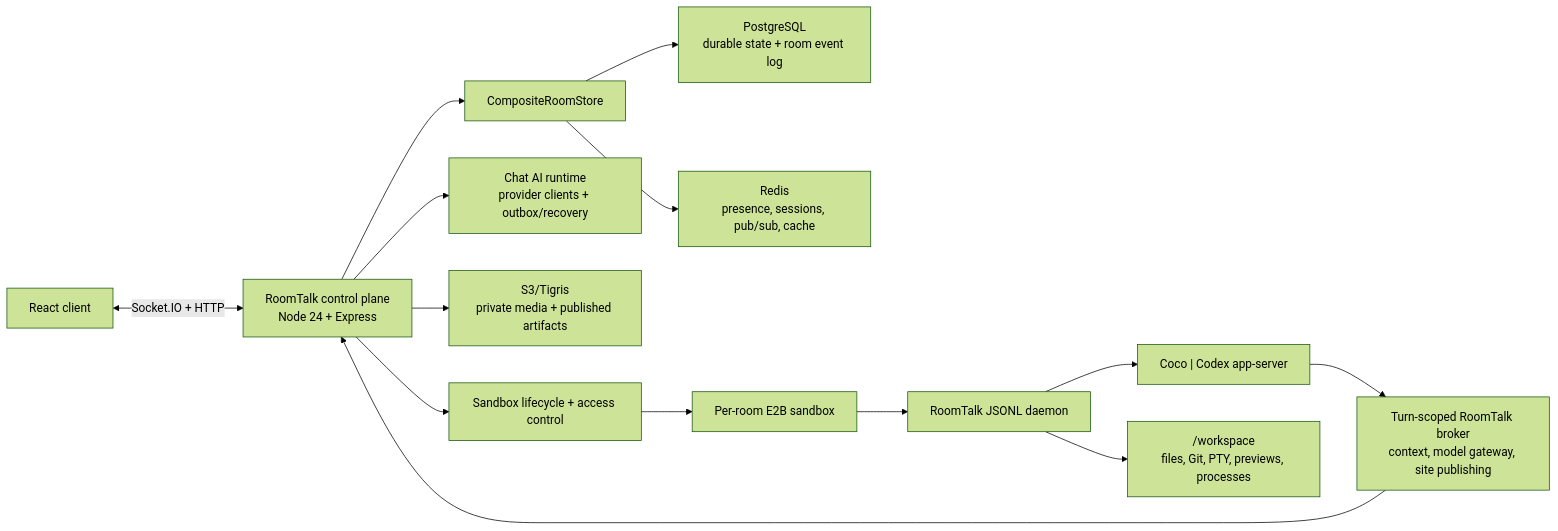
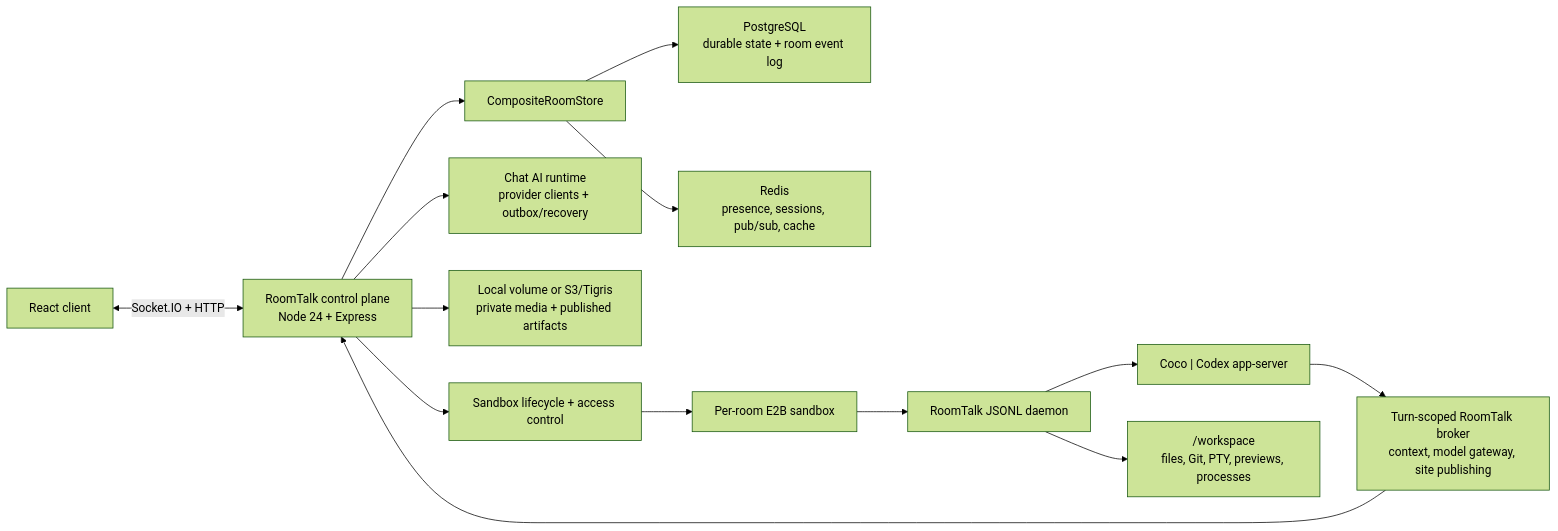
The diagram in README.md (Skymore/roomtalk), drawn with Mermaid (forest theme) before and after one commit. The commit also changed other lines of this file and 18 other files, not shown here.

Commit message:
feat: complete portable local media runtime

````diff
--- a/README.md
+++ b/README.md
@@ -54,20 +54,20 @@
 ```mermaid
 flowchart LR
   Browser["React client"] <-->|"Socket.IO + HTTP"| Control["RoomTalk control plane\nNode 24 + Express"]
 
   Control --> Store["CompositeRoomStore"]
   Store --> Durable["PostgreSQL\ndurable state + room event log"]
   Store --> Realtime["Redis\npresence, sessions, pub/sub, cache"]
 
   Control --> ChatAI["Chat AI runtime\nprovider clients + outbox/recovery"]
-  Control --> Media["S3/Tigris\nprivate media + published artifacts"]
+  Control --> Media["Local volume or S3/Tigris\nprivate media + published artifacts"]
 
   Control --> Lifecycle["Sandbox lifecycle + access control"]
   Lifecycle --> E2B["Per-room E2B sandbox"]
   E2B --> Daemon["RoomTalk JSONL daemon"]
   Daemon --> Backends["Coco | Codex app-server"]
   Daemon --> Workspace["/workspace\nfiles, Git, PTY, previews, processes"]
 
   Backends --> Broker["Turn-scoped RoomTalk broker\ncontext, model gateway, site publishing"]
   Broker --> Control
 ```
````
